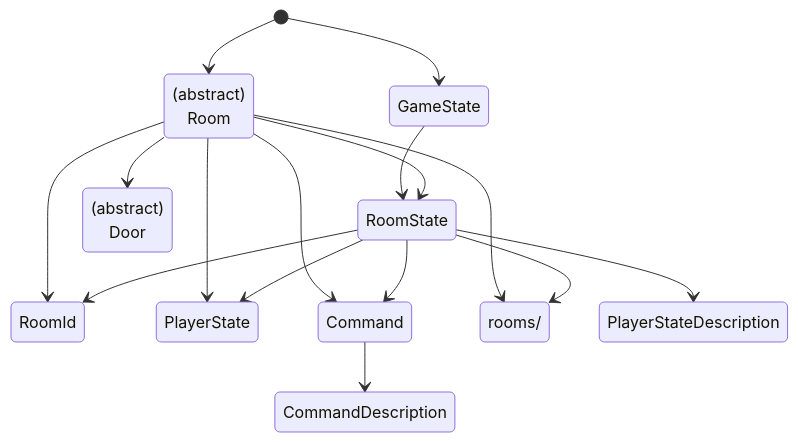
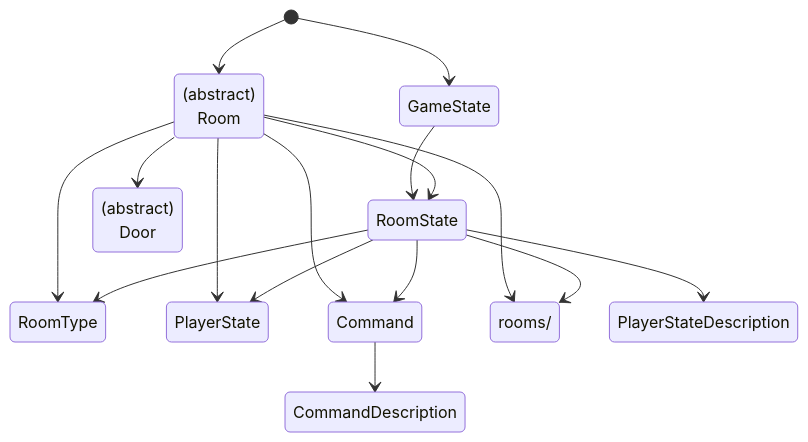
The second of 2 diagrams in docs/index.md (normal-devs/klicker-knight), drawn with Mermaid before and after one commit. The commit also changed 8 other files, not shown here.

First line of the commit message:
Replace roomId with roomType

````diff
--- a/docs/index.md
+++ b/docs/index.md
@@ -31,23 +31,23 @@
 ```mermaid
 stateDiagram-v2
   [*] --> GameState
 
   GameState --> RoomState
 
   [*] --> (abstract)<br>Room
 
   (abstract)<br>Room --> (abstract)<br>Door
-  (abstract)<br>Room --> RoomId
+  (abstract)<br>Room --> RoomType
   (abstract)<br>Room --> RoomState
   (abstract)<br>Room --> PlayerState
   (abstract)<br>Room --> Command
   (abstract)<br>Room --> rooms/
 
-  RoomState --> RoomId
+  RoomState --> RoomType
   RoomState --> PlayerState
   RoomState --> PlayerStateDescription
   RoomState --> Command
   RoomState --> rooms/
 
   Command --> CommandDescription
 ```
````
